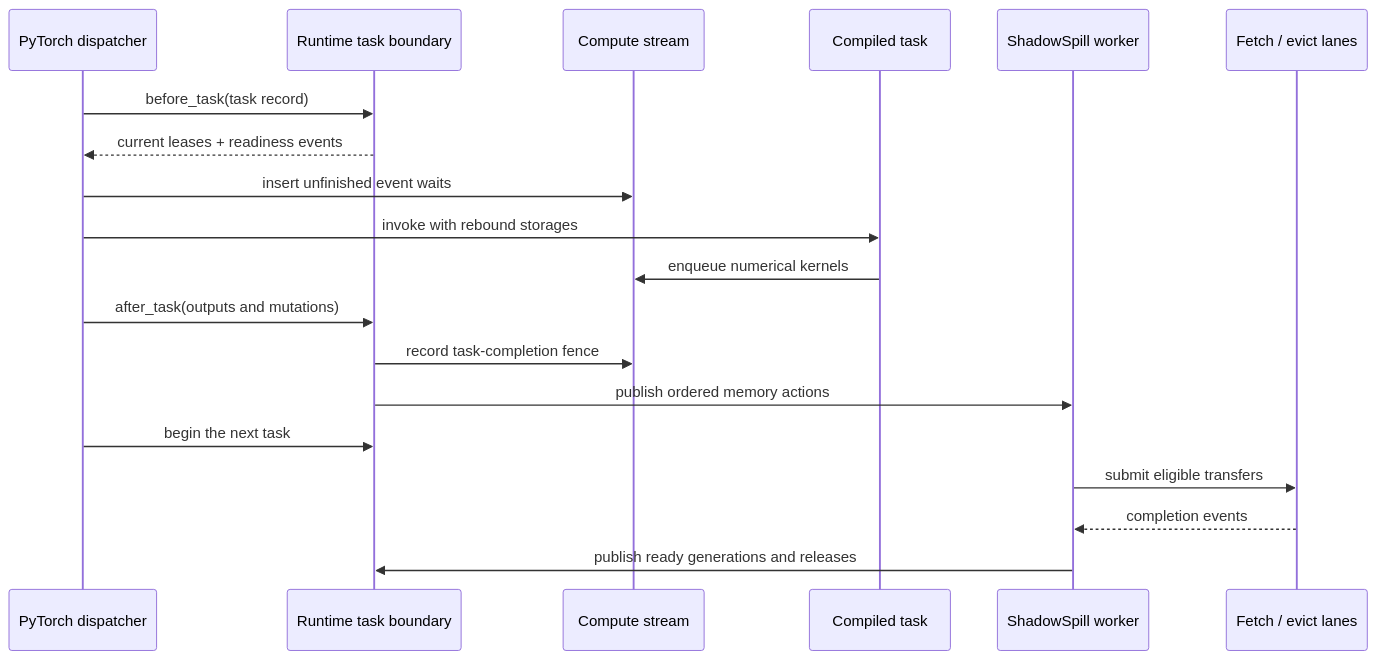
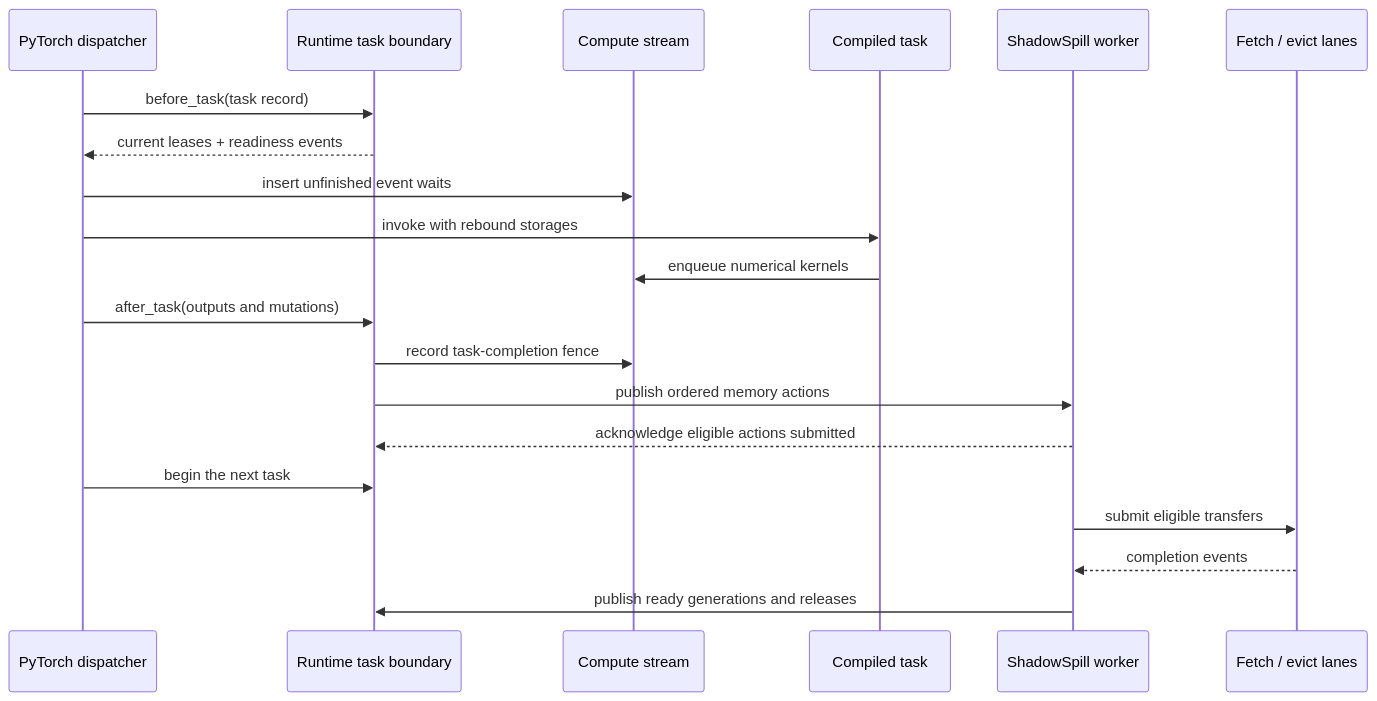
The third of 3 diagrams in docs/architecture/overview.md (als244/shadowspill), drawn with Mermaid before and after one commit. The commit also changed other lines of this file and 7 other files, not shown here.

````diff
--- a/docs/architecture/overview.md
+++ b/docs/architecture/overview.md
@@ -127,22 +127,23 @@
 ```mermaid
 sequenceDiagram
     participant D as PyTorch dispatcher
     participant R as Runtime task boundary
     participant G as Compute stream
     participant C as Compiled task
     participant W as ShadowSpill worker
     participant T as Fetch / evict lanes
 
     D->>R: before_task(task record)
     R-->>D: current leases + readiness events
     D->>G: insert unfinished event waits
     D->>C: invoke with rebound storages
     C->>G: enqueue numerical kernels
     D->>R: after_task(outputs and mutations)
     R->>G: record task-completion fence
     R->>W: publish ordered memory actions
+    W-->>R: acknowledge eligible actions submitted
     D->>R: begin the next task
     W->>T: submit eligible transfers
     T-->>W: completion events
     W->>R: publish ready generations and releases
 ```
````
